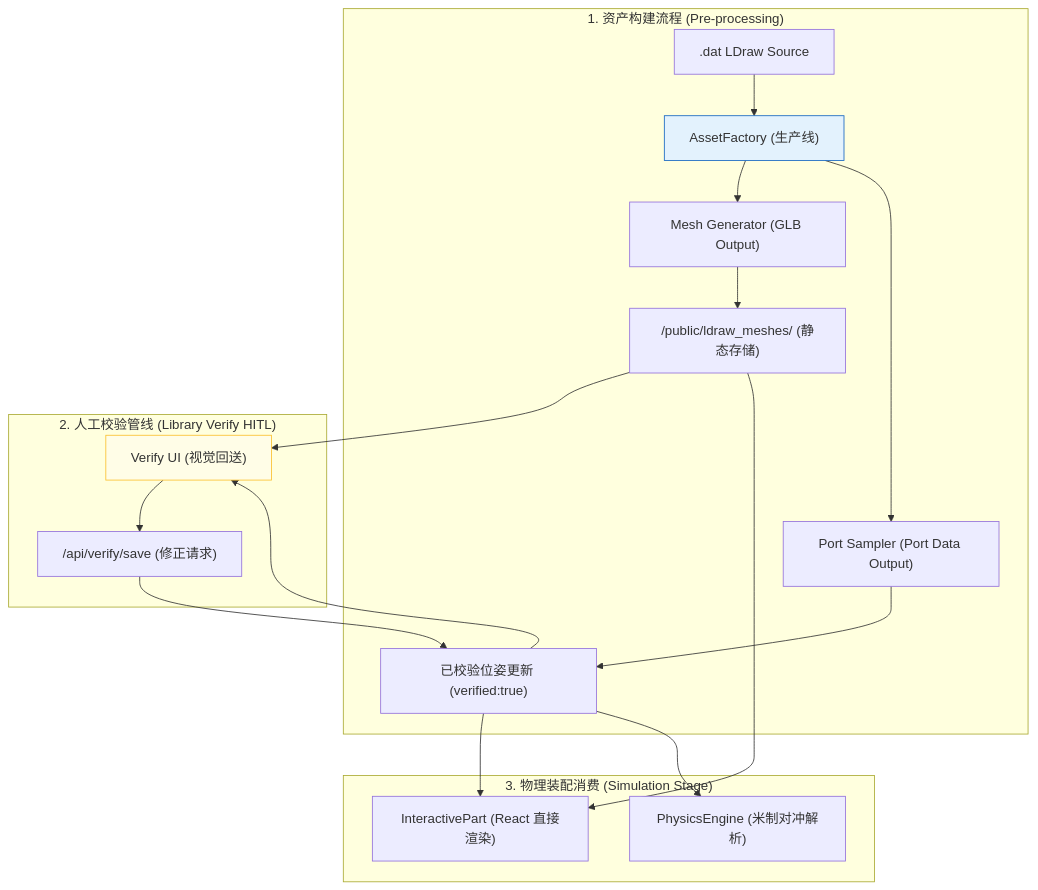
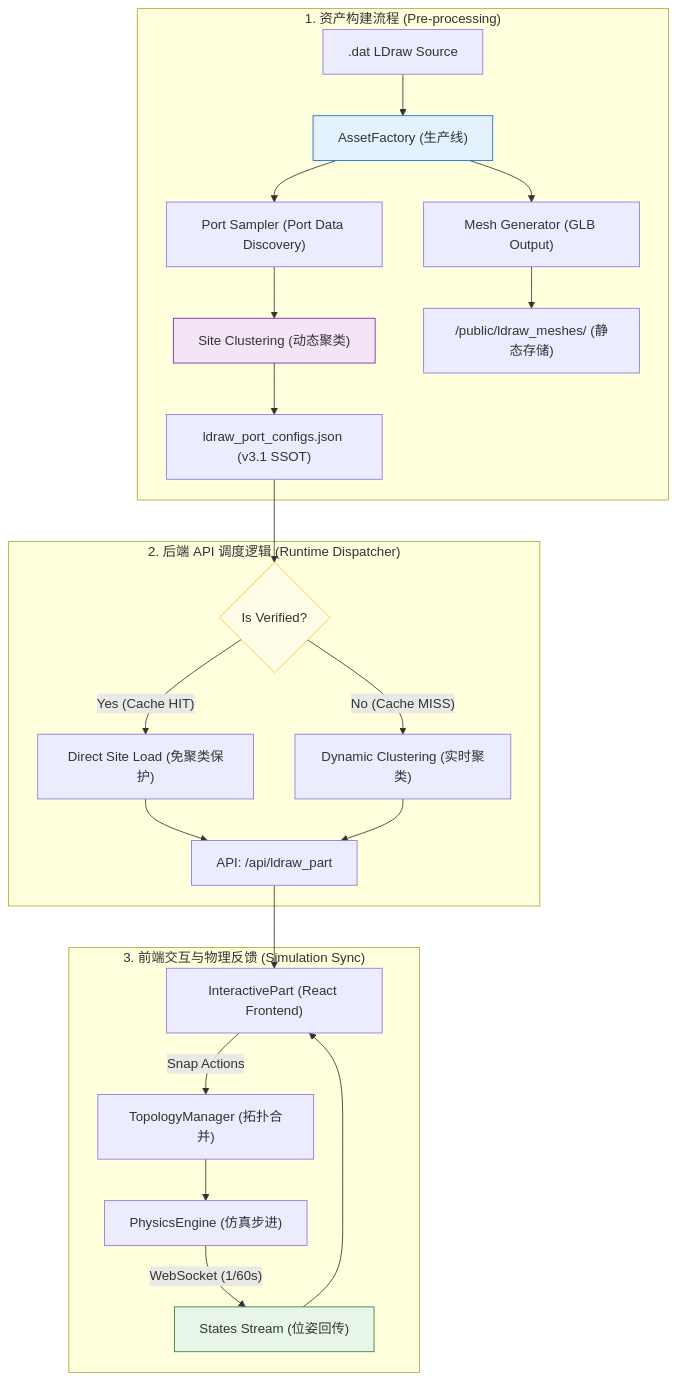
The diagram in docs/03_data_flow_and_physics/05_integrated_data_flow_architecture.md (zhongchao-han/lego_cad_sim), drawn with Mermaid before and after one commit. The commit also changed other lines of this file and 16 other files, not shown here.

First line of the commit message:
feat(topology): v3.1 Site-Based core & Auto-Latch Scanner implementation

````diff
--- a/docs/03_data_flow_and_physics/05_integrated_data_flow_architecture.md
+++ b/docs/03_data_flow_and_physics/05_integrated_data_flow_architecture.md
@@ -14,26 +14,32 @@
 ```mermaid
 graph TD
     subgraph "1. 资产构建流程 (Pre-processing)"
         A[".dat LDraw Source"] --> B["AssetFactory (生产线)"]
         B --> C["Mesh Generator (GLB Output)"]
-        B --> D["Port Sampler (Port Data Output)"]
+        B --> D["Port Sampler (Port Data Discovery)"]
+        D --> D1["Site Clustering (动态聚类)"]
         C --> E["/public/ldraw_meshes/ (静态存储)"]
-        D --> F["ldraw_port_configs.json (SSOT)"]
+        D1 --> F["ldraw_port_configs.json (v3.1 SSOT)"]
     end
 
-    subgraph "2. 人工校验管线 (Library Verify HITL)"
-        E --> G["Verify UI (视觉回送)"]
-        F --> G
-        G --> H["/api/verify/save (修正请求)"]
-        H --> F["已校验位姿更新 (verified:true)"]
+    subgraph "2. 后端 API 调度逻辑 (Runtime Dispatcher)"
+        F --> Q{Is Verified?}
+        Q -- "Yes (Cache HIT)" --> R["Direct Site Load (免聚类保护)"]
+        Q -- "No (Cache MISS)" --> S["Dynamic Clustering (实时聚类)"]
+        R --> T["API: /api/ldraw_part"]
+        S --> T
     end
 
-    subgraph "3. 物理装配消费 (Simulation Stage)"
-        F --> I["InteractivePart (React 直接渲染)"]
-        F --> J["PhysicsEngine (米制对冲解析)"]
-        E --> I
+    subgraph "3. 前端交互与物理反馈 (Simulation Sync)"
+        T --> I["InteractivePart (React Frontend)"]
+        I -- "Snap Actions" --> J["TopologyManager (拓扑合并)"]
+        J --> K["PhysicsEngine (仿真步进)"]
+        K -- "WebSocket (1/60s)" --> L["States Stream (位姿回传)"]
+        L --> I
     end
 
     style B fill:#e3f2fd,stroke:#1565c0
-    style G fill:#fffde7,stroke:#fbc02d
+    style Q fill:#fffde7,stroke:#fbc02d
+    style D1 fill:#f3e5f5,stroke:#7b1fa2
+    style L fill:#e8f5e9,stroke:#2e7d32
 ```
````
